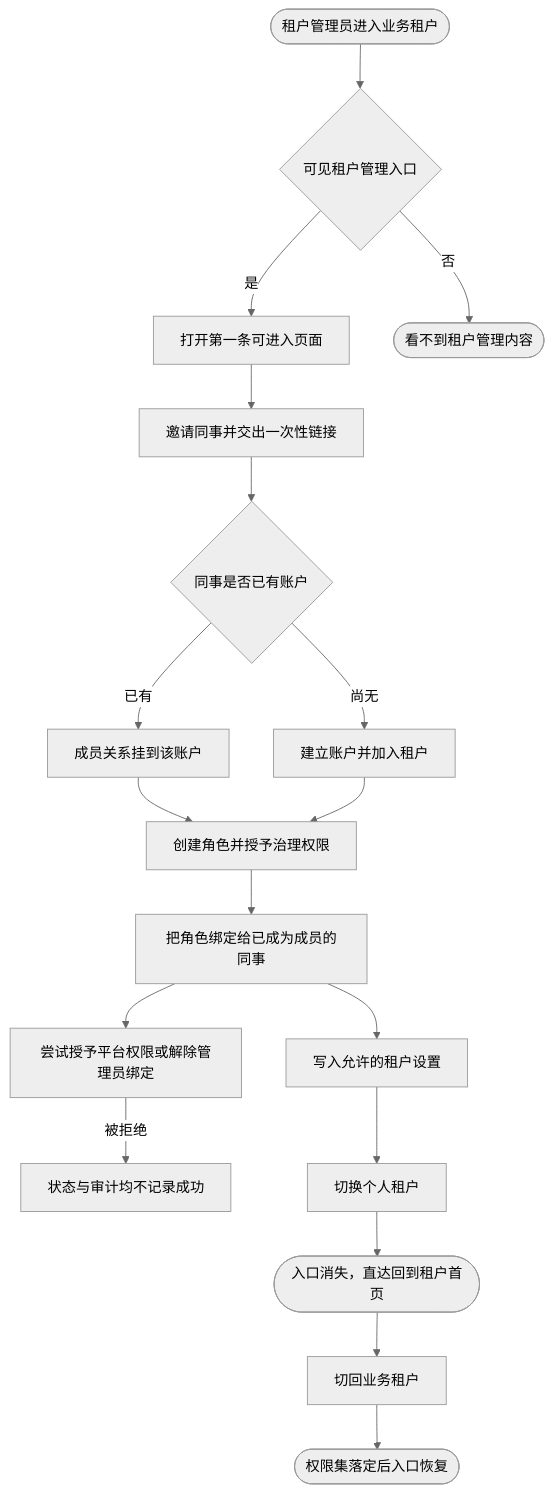
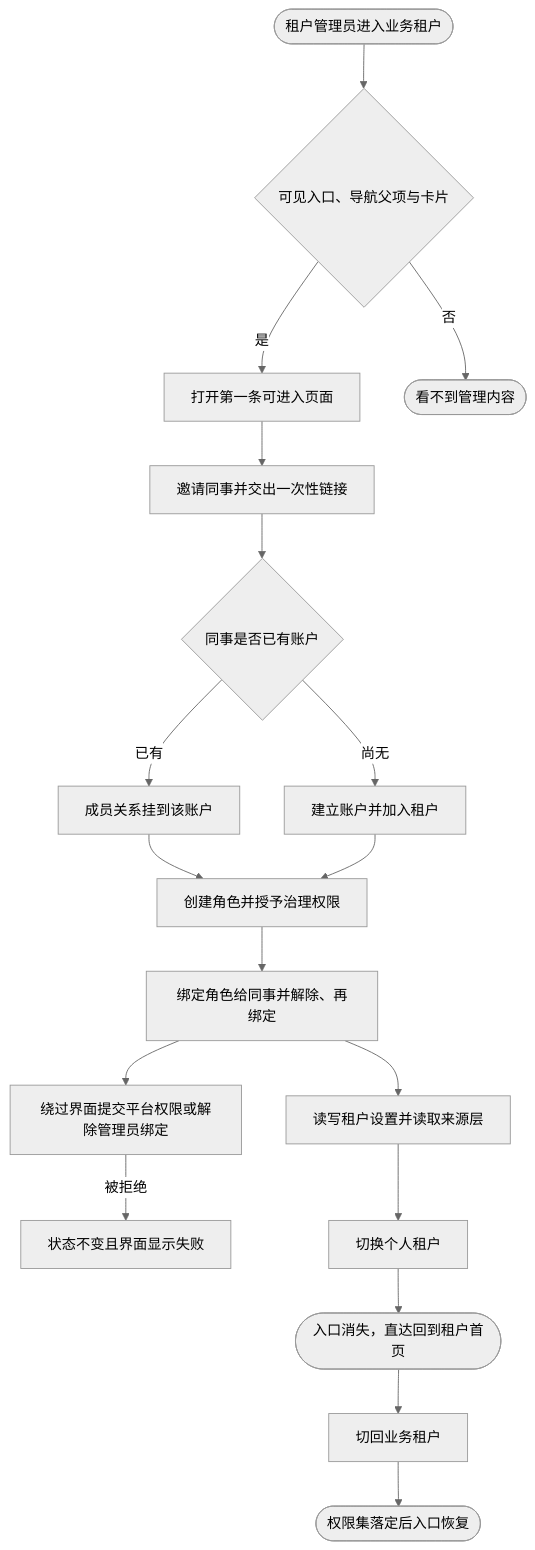
The diagram in docs/prd/journeys/journey-tenant-admin.md (wangzw/speed), drawn with Mermaid (neutral theme) before and after one commit. The commit also changed other lines of this file and 28 other files, not shown here.

````diff
--- a/docs/prd/journeys/journey-tenant-admin.md
+++ b/docs/prd/journeys/journey-tenant-admin.md
@@ -55,20 +55,20 @@
 ```mermaid
 flowchart TD
-    A([租户管理员进入业务租户]) --> B{可见租户管理入口}
+    A([租户管理员进入业务租户]) --> B{可见入口、导航父项与卡片}
     B -->|是| C[打开第一条可进入页面]
-    B -->|否| Z([看不到租户管理内容])
+    B -->|否| Z([看不到管理内容])
     C --> D[邀请同事并交出一次性链接]
     D --> E{同事是否已有账户}
     E -->|已有| F[成员关系挂到该账户]
     E -->|尚无| G[建立账户并加入租户]
     F --> H[创建角色并授予治理权限]
     G --> H
-    H --> I[把角色绑定给已成为成员的同事]
-    I --> J[尝试授予平台权限或解除管理员绑定]
-    J -->|被拒绝| K[状态与审计均不记录成功]
-    I --> L[写入允许的租户设置]
+    H --> I[绑定角色给同事并解除、再绑定]
+    I --> J[绕过界面提交平台权限或解除管理员绑定]
+    J -->|被拒绝| K[状态不变且界面显示失败]
+    I --> L[读写租户设置并读取来源层]
     L --> M[切换个人租户]
     M --> N([入口消失，直达回到租户首页])
     N --> O[切回业务租户]
     O --> P([权限集落定后入口恢复])
 ```
````
